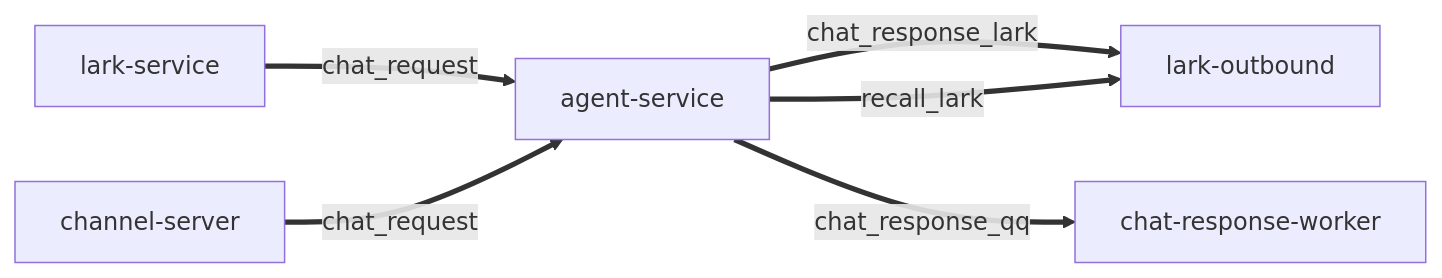
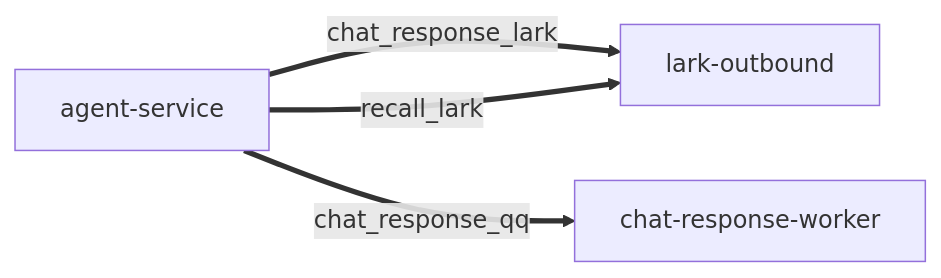
One commit to bezhai/chiwei-platform changed the third of 5 diagrams in docs/service-topology.md. Above: the diagram before and after it, drawn with Mermaid. The commit also changed other lines of this file and 418 other files, not shown here.

````diff
--- a/docs/service-topology.md
+++ b/docs/service-topology.md
@@ -133,14 +138,10 @@
 ```mermaid
 flowchart LR
-    LKS["lark-service"]
-    CS["channel-server"]
     AS["agent-service"]
     LKO["lark-outbound"]
     CRW["chat-response-worker"]
 
-    LKS ==>|chat_request| AS
-    CS ==>|chat_request| AS
     AS ==>|chat_response_lark| LKO
     AS ==>|recall_lark| LKO
     AS ==>|chat_response_qq| CRW
 ```
````
